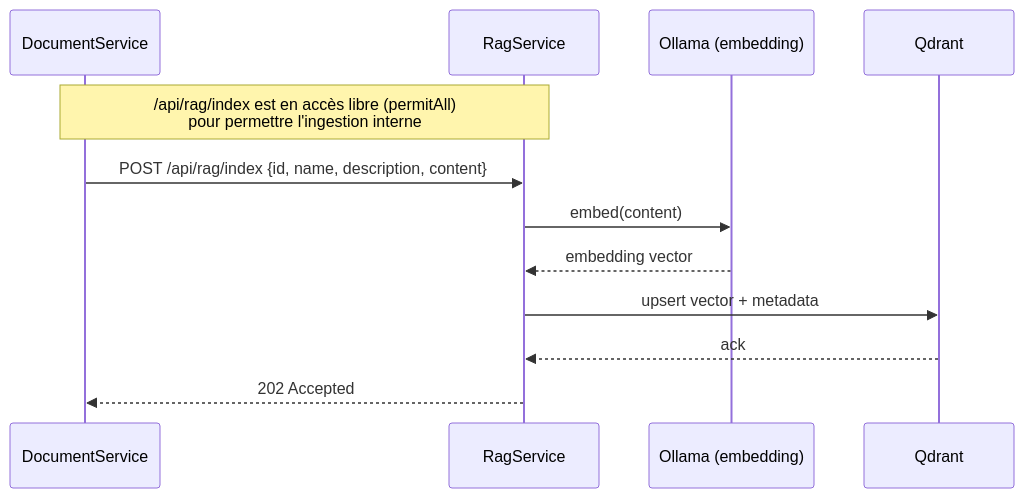
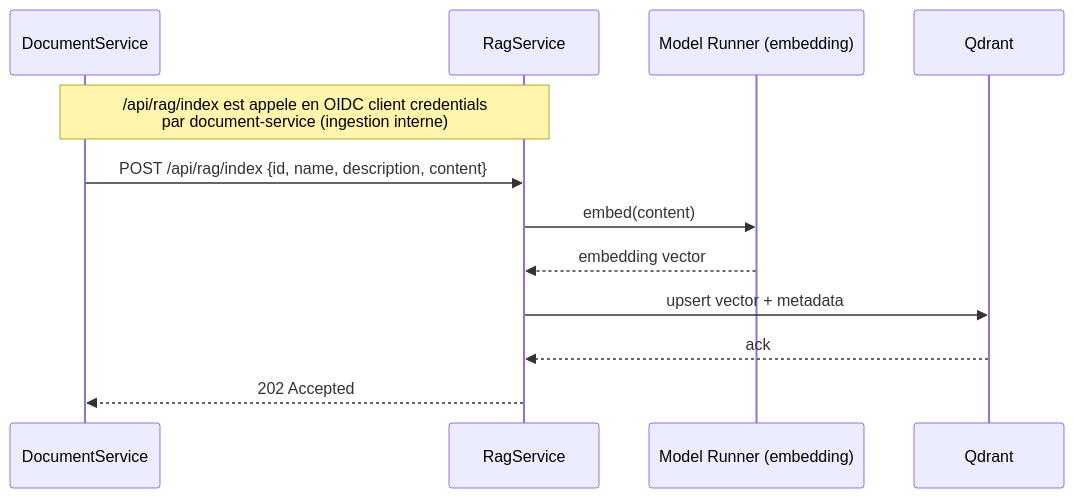
Before and after one commit to dbeaumont/knowledge-app: the second of 4 diagrams in docs/rag-call-flow.md, drawn with Mermaid. The commit also changed other lines of this file and 56 other files, not shown here.

````diff
--- a/docs/rag-call-flow.md
+++ b/docs/rag-call-flow.md
@@ -29,15 +36,15 @@
 ```mermaid
 sequenceDiagram
     participant DocumentService
     participant RagService
-    note over DocumentService,RagService: /api/rag/index est en accès libre (permitAll)<br/>pour permettre l'ingestion interne
-    participant Ollama as Ollama (embedding)
+    note over DocumentService,RagService: /api/rag/index est appele en OIDC client credentials<br/>par document-service (ingestion interne)
+    participant ModelRunner as Model Runner (embedding)
     participant Qdrant
 
     DocumentService->>RagService: POST /api/rag/index {id, name, description, content}
-    RagService->>Ollama: embed(content)
-    Ollama-->>RagService: embedding vector
+    RagService->>ModelRunner: embed(content)
+    ModelRunner-->>RagService: embedding vector
     RagService->>Qdrant: upsert vector + metadata
     Qdrant-->>RagService: ack
     RagService-->>DocumentService: 202 Accepted
 ```
````
